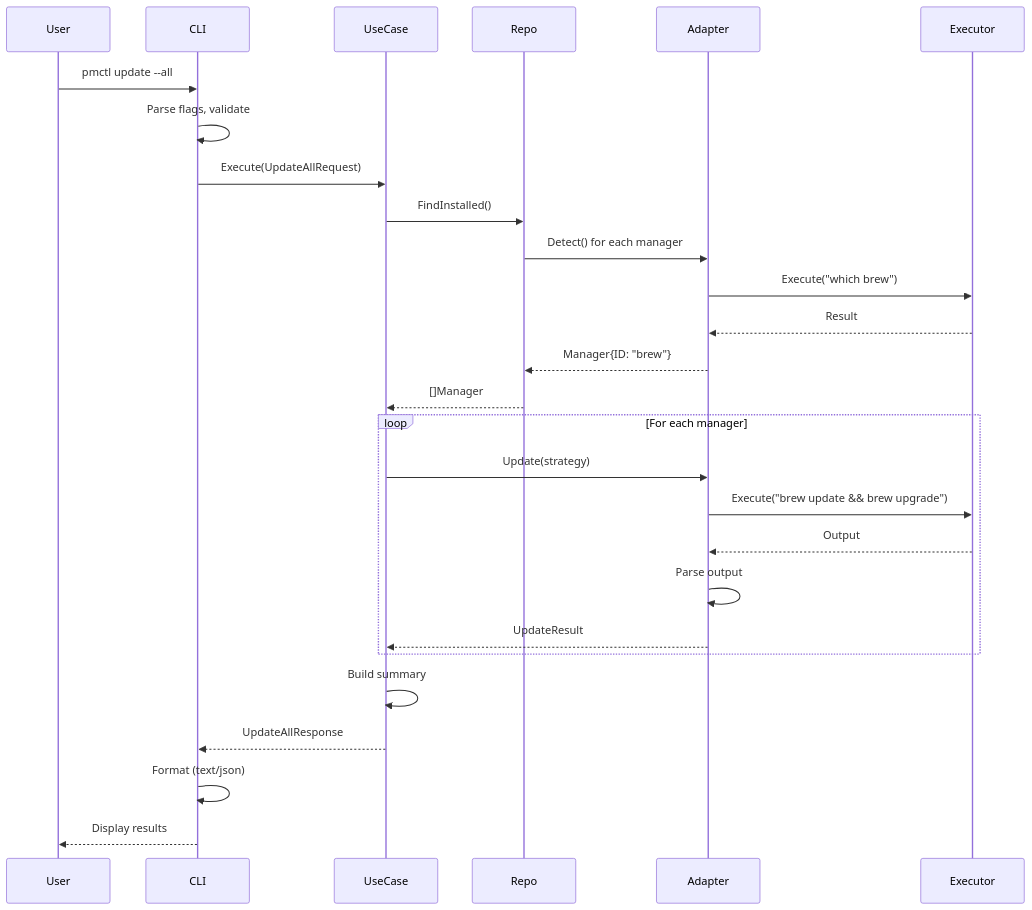
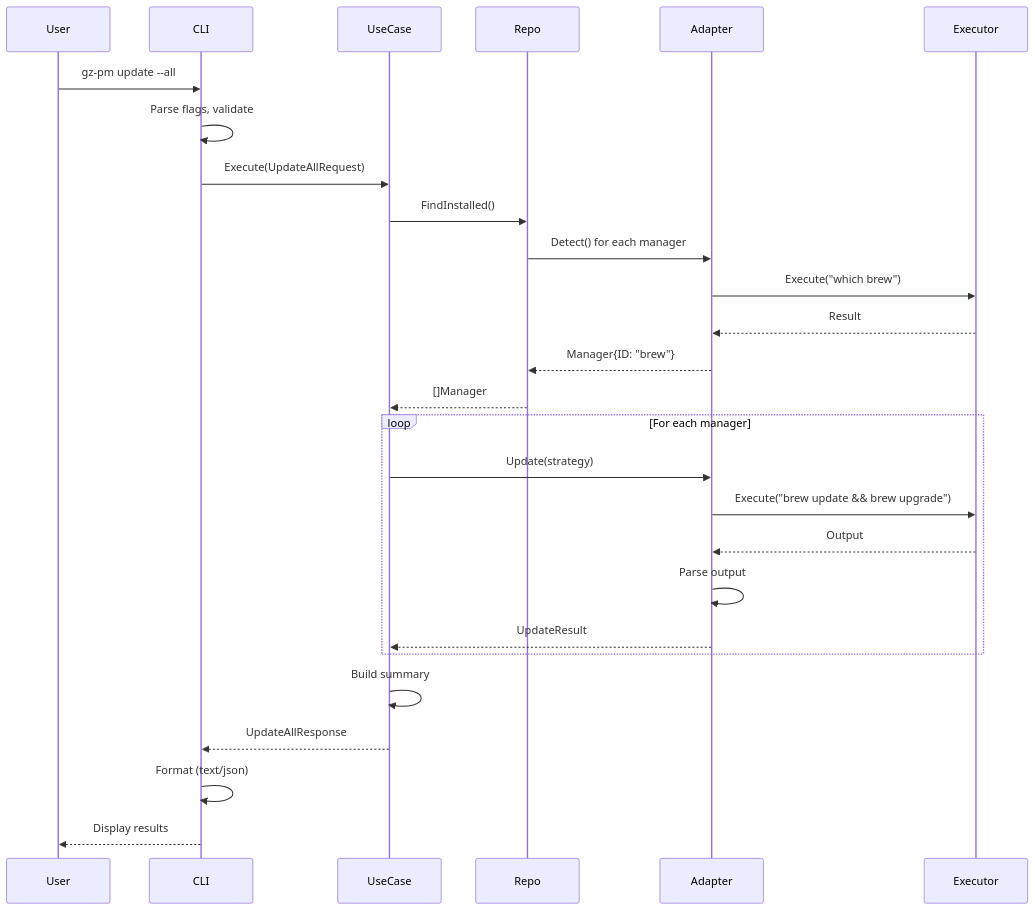
The diagram in docs/10-architecture/50-data-flow.md (Gizzahub/gzh-cli-package-manager), drawn with Mermaid before and after one commit. The commit also changed 30 other files, not shown here.

````diff
--- a/docs/10-architecture/50-data-flow.md
+++ b/docs/10-architecture/50-data-flow.md
@@ -34,33 +34,33 @@
 ```mermaid
 sequenceDiagram
     participant User
     participant CLI
     participant UseCase
     participant Repo
     participant Adapter
     participant Executor
 
-    User->>CLI: pmctl update --all
+    User->>CLI: gz-pm update --all
     CLI->>CLI: Parse flags, validate
     CLI->>UseCase: Execute(UpdateAllRequest)
 
     UseCase->>Repo: FindInstalled()
     Repo->>Adapter: Detect() for each manager
     Adapter->>Executor: Execute("which brew")
     Executor-->>Adapter: Result
     Adapter-->>Repo: Manager{ID: "brew"}
     Repo-->>UseCase: []Manager
 
     loop For each manager
         UseCase->>Adapter: Update(strategy)
         Adapter->>Executor: Execute("brew update && brew upgrade")
         Executor-->>Adapter: Output
         Adapter->>Adapter: Parse output
         Adapter-->>UseCase: UpdateResult
     end
 
     UseCase->>UseCase: Build summary
     UseCase-->>CLI: UpdateAllResponse
     CLI->>CLI: Format (text/json)
     CLI-->>User: Display results
 ```
````
